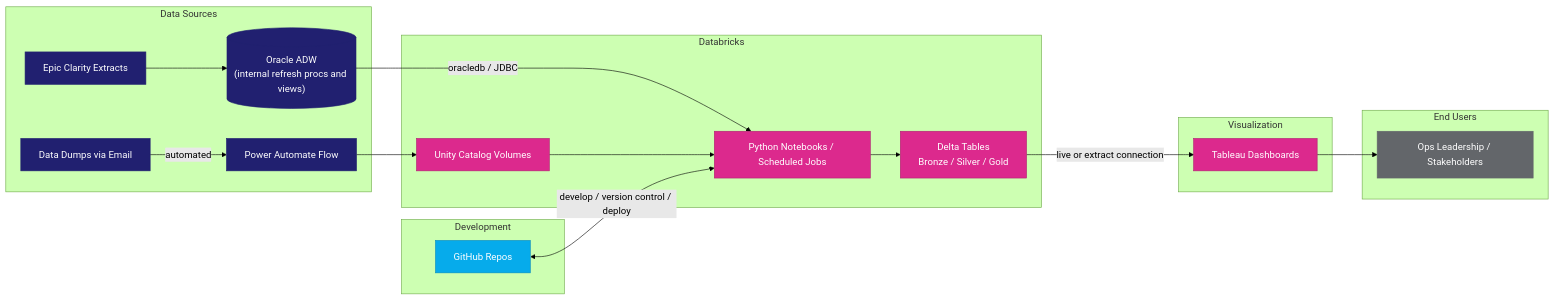
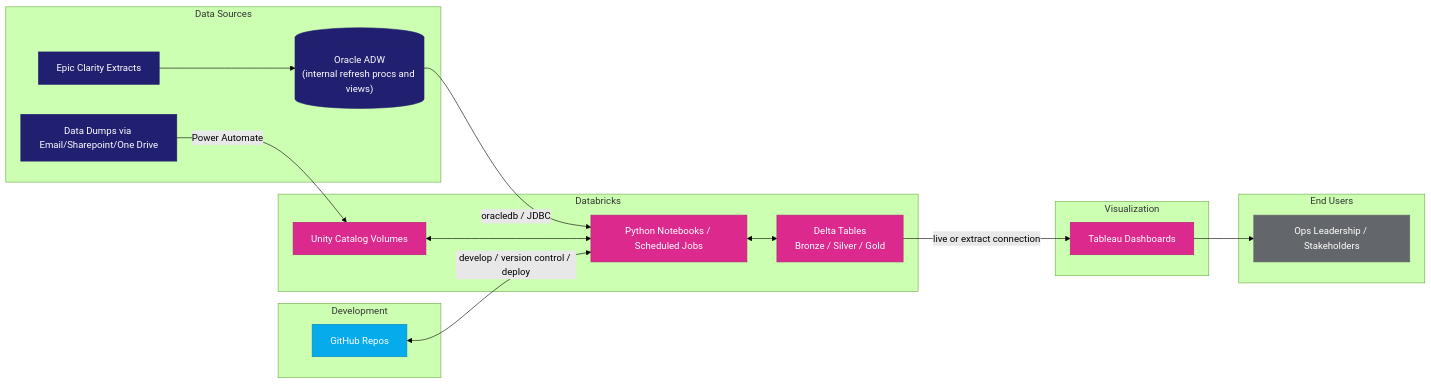
The second of 2 diagrams in Databricks/README.md (MSHS-OAO/Databricks-Tableau-User-Guide), drawn with Mermaid (forest theme) before and after one commit. The commit also changed other lines of this file, not shown here.

````diff
--- a/Databricks/README.md
+++ b/Databricks/README.md
@@ -51,43 +51,41 @@
 ```mermaid
 flowchart LR
     subgraph Sources["Data Sources"]
         EPIC[Epic Clarity Extracts]
         ORA[("Oracle ADW<br>(internal refresh procs and views)")]
-        EMAIL[Data Dumps via Email]
-        PA[Power Automate Flow]
+        EMAIL[Data Dumps via Email/Sharepoint/One Drive]
     end
     subgraph DBX["Databricks"]
         VOL[Unity Catalog Volumes]
         DLT[Delta Tables<br>Bronze / Silver / Gold]
         JOBS[Python Notebooks / Scheduled Jobs]
     end
     subgraph DevOps["Development"]
         GH[GitHub Repos]
     end
     subgraph Viz["Visualization"]
         TAB[Tableau Dashboards]
     end
     subgraph Users["End Users"]
         USR[Ops Leadership / Stakeholders]
     end
 
     EPIC --> ORA
-    EMAIL -->|automated| PA
-    PA --> VOL
+    EMAIL -->|Power Automate| VOL
     ORA -->|oracledb / JDBC| JOBS
-    VOL --> JOBS
-    JOBS --> DLT
+    VOL <--> JOBS
+    JOBS <--> DLT
     GH <-->|develop / version control / deploy| JOBS
     DLT -->|live or extract connection| TAB
     TAB --> USR
 
     classDef navy fill:#212070,stroke:#212070,color:#ffffff
     classDef cyan fill:#06ABEB,stroke:#0689BC,color:#ffffff
     classDef magenta fill:#DC298D,stroke:#B02171,color:#ffffff
     classDef gray fill:#63666A,stroke:#63666A,color:#ffffff
     class EPIC,ORA,EMAIL,PA navy
     class GH cyan
     class VOL,DLT,JOBS magenta
     class TAB magenta
     class USR gray
 ```
````
